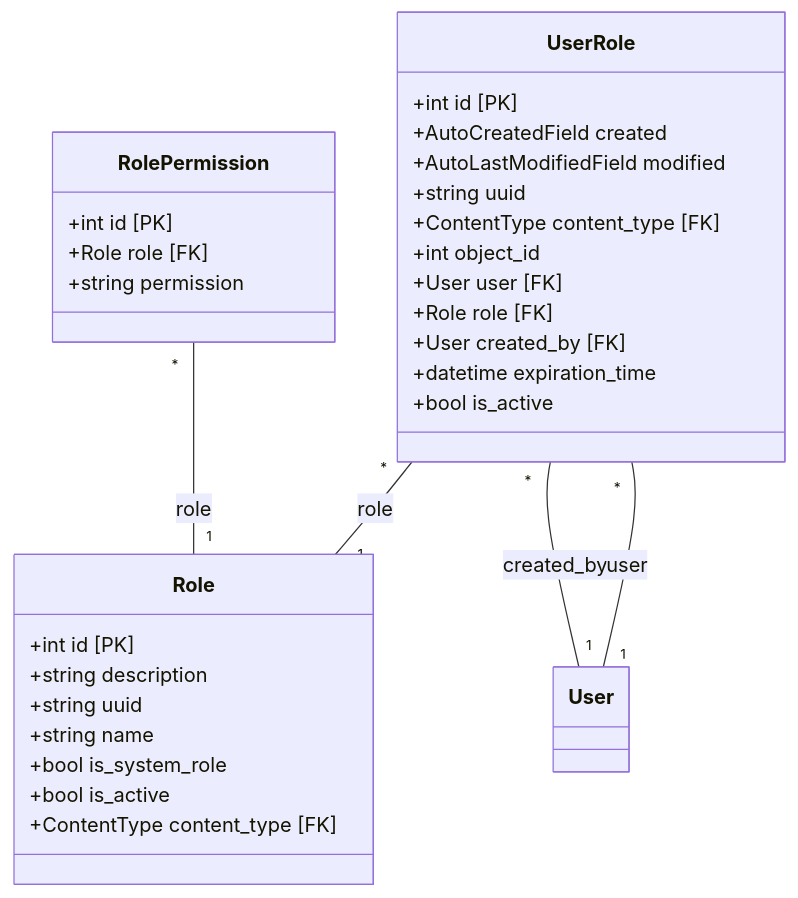
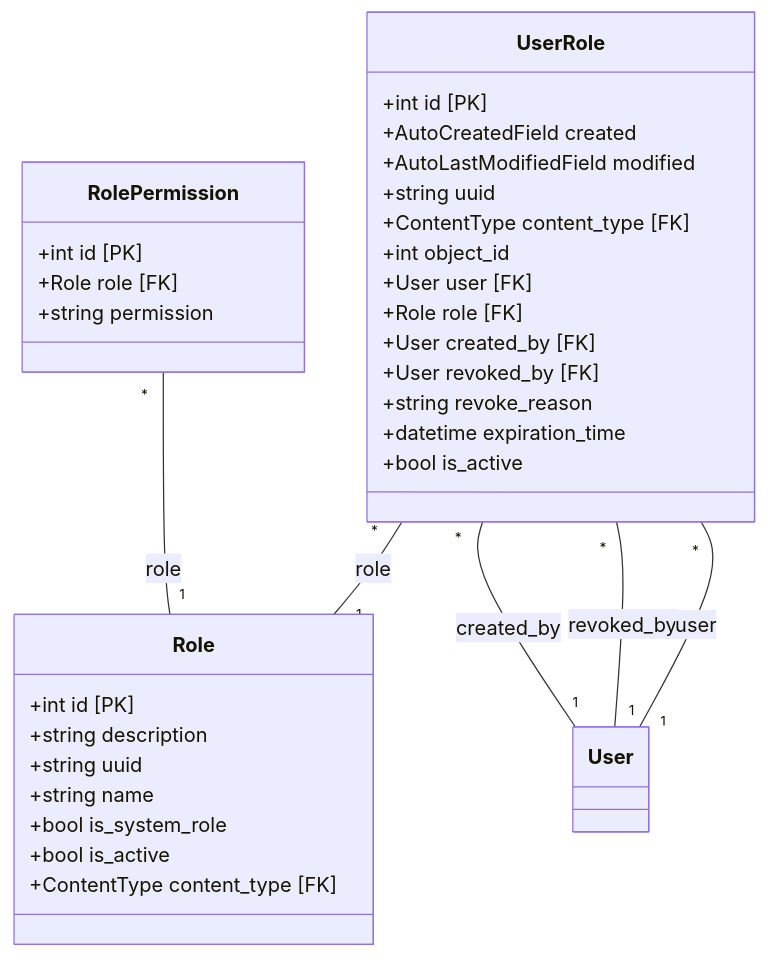
One commit to waldur/waldur-mastermind changed the diagram in docs/core_permissions.mmd. Above: the diagram before and after it, drawn with Mermaid.

Commit message:
Update configuration, CLI and developer guide

```diff
--- a/docs/core_permissions.mmd
+++ b/docs/core_permissions.mmd
@@ -1,33 +1,36 @@
 classDiagram
     direction TB
     class Role {
         +int id [PK]
         +string description
         +string uuid
         +string name
         +bool is_system_role
         +bool is_active
         +ContentType content_type [FK]
     }
     class UserRole {
         +int id [PK]
         +AutoCreatedField created
         +AutoLastModifiedField modified
         +string uuid
         +ContentType content_type [FK]
         +int object_id
         +User user [FK]
         +Role role [FK]
         +User created_by [FK]
+        +User revoked_by [FK]
+        +string revoke_reason
         +datetime expiration_time
         +bool is_active
     }
     class RolePermission {
         +int id [PK]
         +Role role [FK]
         +string permission
     }
     RolePermission "*" -- "1" Role : role
     UserRole "*" -- "1" Role : role
     UserRole "*" -- "1" User : created_by
+    UserRole "*" -- "1" User : revoked_by
     UserRole "*" -- "1" User : user
```
